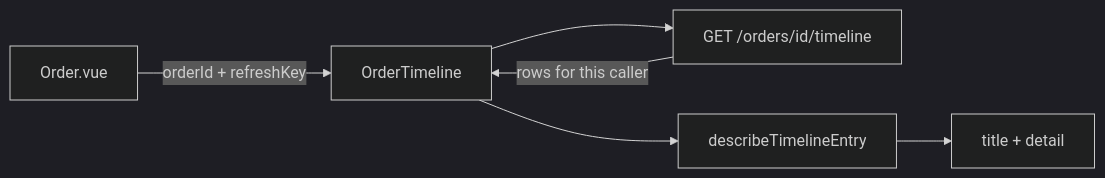
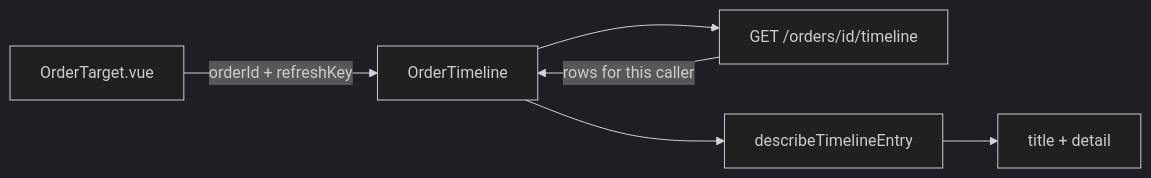
Before and after one commit to Guebbit/boilerplate-vue-frontend: the second of 2 diagrams in docs/modules/orders.md, drawn with Mermaid (dark theme). The commit also changed other lines of this file and 45 other files, not shown here.

````diff
--- a/docs/modules/orders.md
+++ b/docs/modules/orders.md
@@ -121,8 +121,8 @@
 ```mermaid
 flowchart LR
-    page[Order.vue] -- orderId + refreshKey --> tl[OrderTimeline]
+    page[OrderTarget.vue] -- orderId + refreshKey --> tl[OrderTimeline]
     tl --> api["GET /orders/id/timeline"]
     api -- rows for this caller --> tl
     tl --> dom[describeTimelineEntry]
     dom --> line[title + detail]
 ```
````
